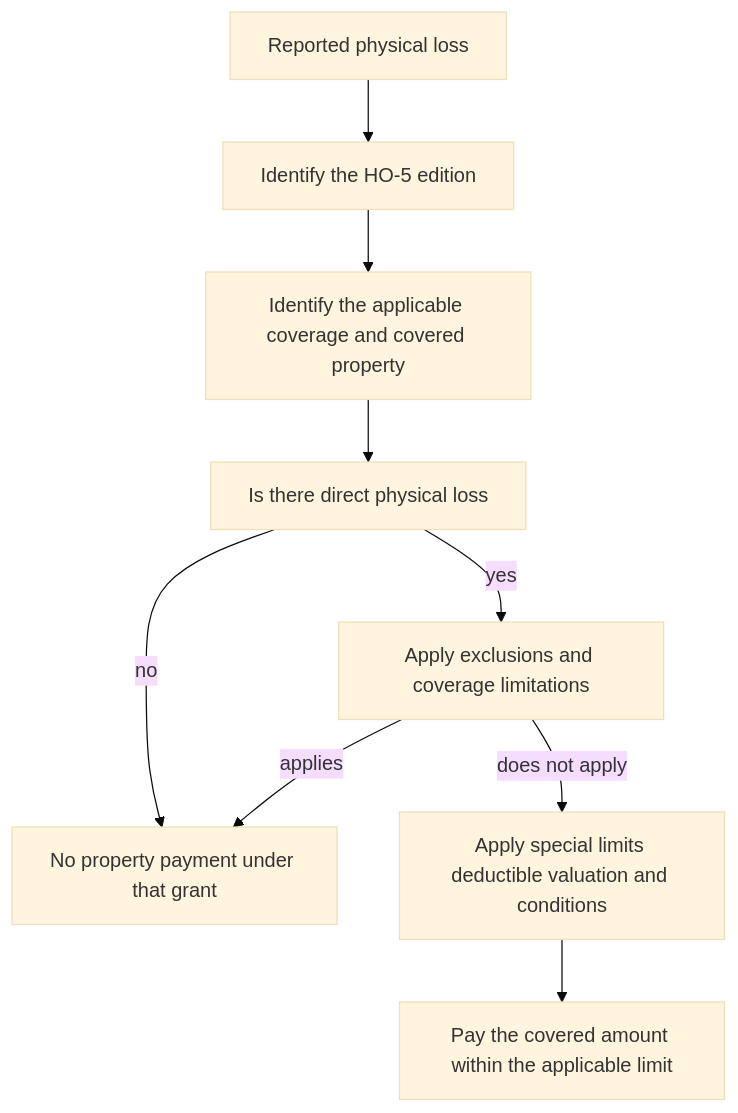
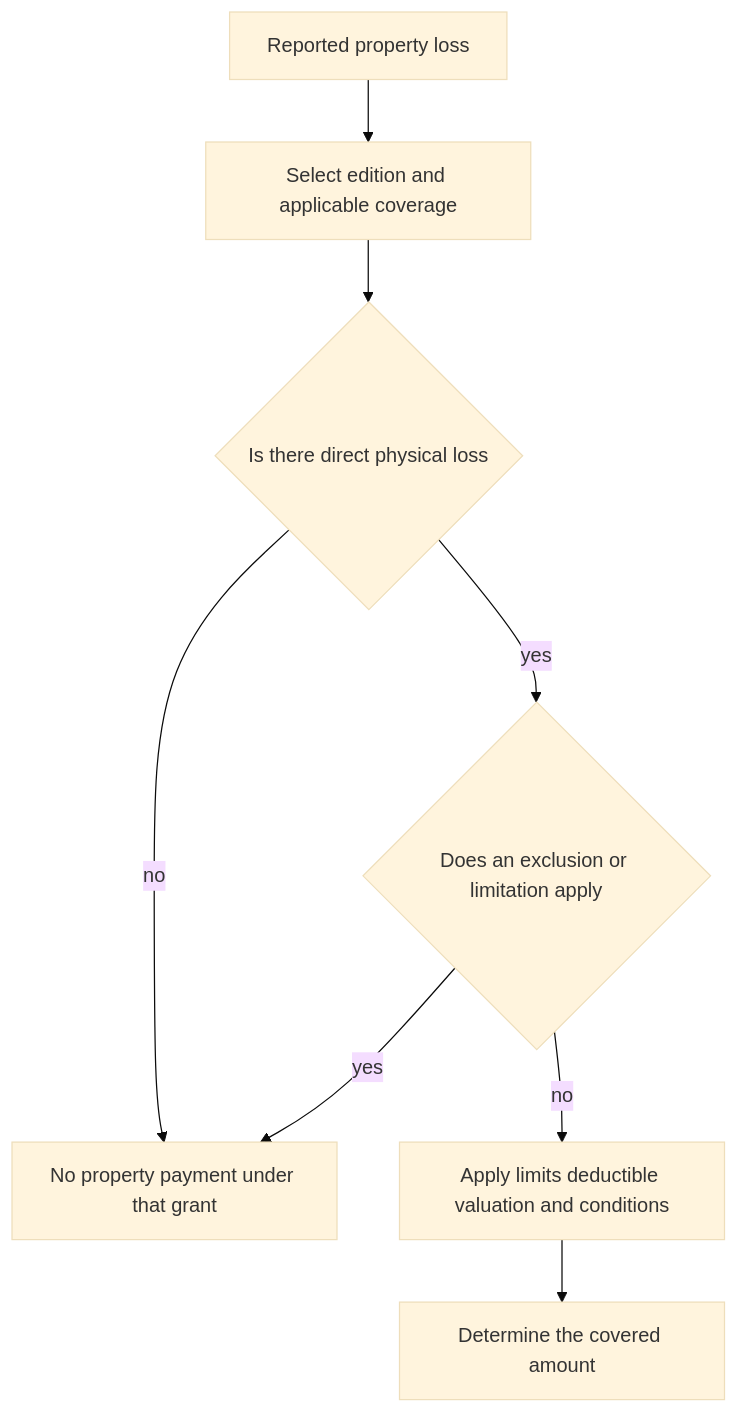
One commit to eugeneliu-86/openwiki-insurance-corpus changed the second of 2 diagrams in openwiki/coverage/forms/ho-5.md. Above: the diagram before and after it, drawn with Mermaid (base theme). The commit also changed other lines of this file and 75 other files, not shown here.

````diff
--- a/openwiki/coverage/forms/ho-5.md
+++ b/openwiki/coverage/forms/ho-5.md
@@ -47,11 +54,10 @@
 ```mermaid
 flowchart TD
-  report["Reported physical loss"] --> edition["Identify the HO-5 edition"]
-  edition --> property["Identify the applicable coverage and covered property"]
-  property --> physical["Is there direct physical loss"]
-  physical -->|no| decline["No property payment under that grant"]
-  physical -->|yes| exclusion["Apply exclusions and coverage limitations"]
-  exclusion -->|applies| decline
-  exclusion -->|does not apply| limits["Apply special limits deductible valuation and conditions"]
-  limits --> pay["Pay the covered amount within the applicable limit"]
+    report["Reported property loss"] --> grant["Select edition and applicable coverage"]
+    grant --> physical{"Is there direct physical loss"}
+    physical -->|"no"| decline["No property payment under that grant"]
+    physical -->|"yes"| exclusion{"Does an exclusion or limitation apply"}
+    exclusion -->|"yes"| decline
+    exclusion -->|"no"| conditions["Apply limits deductible valuation and conditions"]
+    conditions --> payment["Determine the covered amount"]
 ```
````
